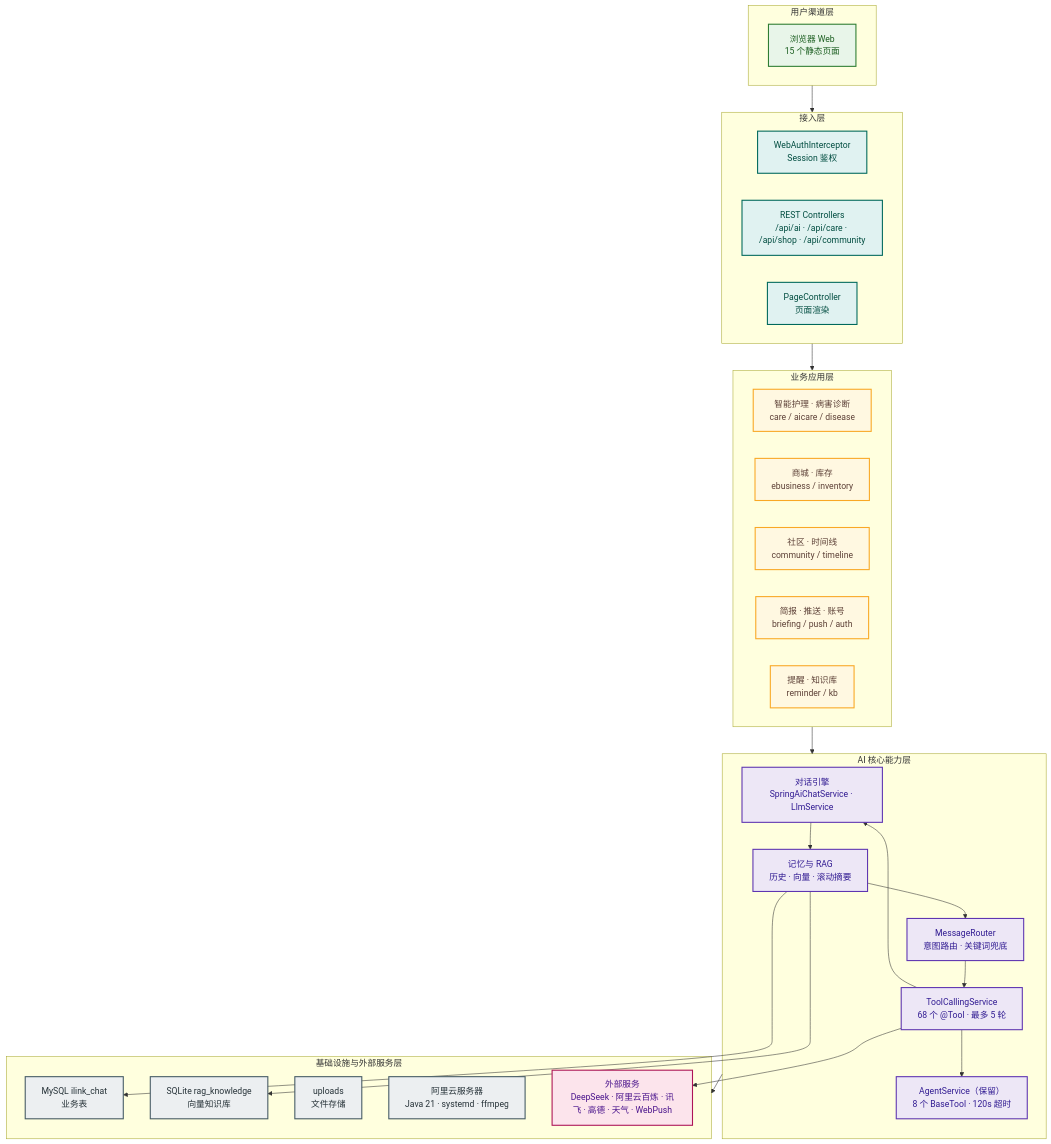
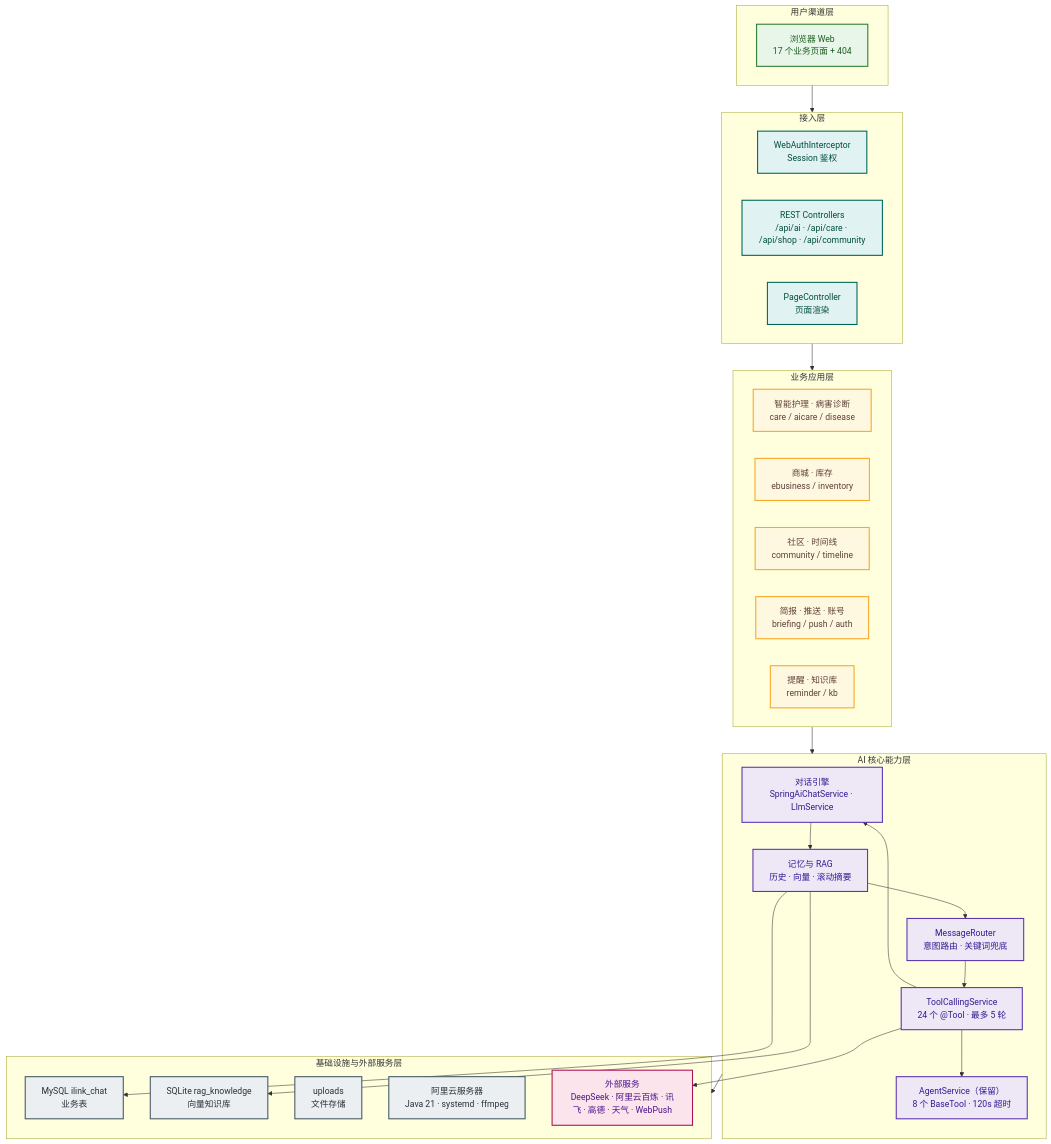
Before and after one commit to 8750shuangyue/WECHATILINK: the diagram in 落地文档/架构图-纵向架构.md, drawn with Mermaid. The commit also changed 32 other files, not shown here.

````diff
--- a/落地文档/架构图-纵向架构.md
+++ b/落地文档/架构图-纵向架构.md
@@ -3,63 +3,63 @@
 ```mermaid
 flowchart TB
     classDef user fill:#e8f5e9,stroke:#2e7d32,stroke-width:2px,color:#1b5e20
     classDef gate fill:#e0f2f1,stroke:#00695c,stroke-width:2px,color:#004d40
     classDef biz  fill:#fff8e1,stroke:#f9a825,stroke-width:2px,color:#5d4037
     classDef ai   fill:#ede7f6,stroke:#5e35b1,stroke-width:2px,color:#311b92
     classDef ext  fill:#fce4ec,stroke:#ad1457,stroke-width:2px,color:#4a148c
     classDef inf  fill:#eceff1,stroke:#455a64,stroke-width:2px,color:#263238
 
     subgraph L1["用户渠道层"]
-        WEB["浏览器 Web<br/>15 个静态页面"]
+        WEB["浏览器 Web<br/>17 个业务页面 + 404"]
     end
 
     subgraph L2["接入层"]
         G1["WebAuthInterceptor<br/>Session 鉴权"]
         G2["REST Controllers<br/>/api/ai · /api/care · /api/shop · /api/community"]
         G3["PageController<br/>页面渲染"]
     end
 
     subgraph L3["业务应用层"]
         B1["智能护理 · 病害诊断<br/>care / aicare / disease"]
         B2["商城 · 库存<br/>ebusiness / inventory"]
         B3["社区 · 时间线<br/>community / timeline"]
         B4["简报 · 推送 · 账号<br/>briefing / push / auth"]
         B5["提醒 · 知识库<br/>reminder / kb"]
     end
 
     subgraph L4["AI 核心能力层"]
         A1["对话引擎<br/>SpringAiChatService · LlmService"]
         A2["MessageRouter<br/>意图路由 · 关键词兜底"]
-        A3["ToolCallingService<br/>68 个 @Tool · 最多 5 轮"]
+        A3["ToolCallingService<br/>24 个 @Tool · 最多 5 轮"]
         A4["AgentService（保留）<br/>8 个 BaseTool · 120s 超时"]
         A5["记忆与 RAG<br/>历史 · 向量 · 滚动摘要"]
     end
 
     subgraph L5["基础设施与外部服务层"]
         I1["MySQL ilink_chat<br/>业务表"]
         I2["SQLite rag_knowledge<br/>向量知识库"]
         I3["uploads<br/>文件存储"]
         I4["阿里云服务器<br/>Java 21 · systemd · ffmpeg"]
         E1["外部服务<br/>DeepSeek · 阿里云百炼 · 讯飞 · 高德 · 天气 · WebPush"]
     end
 
     L1 --> L2
     L2 --> L3
     L3 --> L4
     L4 --> L5
     A1 --> A5
     A2 --> A3
     A3 --> A1
     A3 --> A4
     A5 --> A2
     A3 --> E1
     A5 --> I1
     A5 --> I2
 
     class WEB user
     class G1,G2,G3 gate
     class B1,B2,B3,B4,B5 biz
     class A1,A2,A3,A4,A5 ai
     class E1 ext
     class I1,I2,I3,I4 inf
 ```
````
